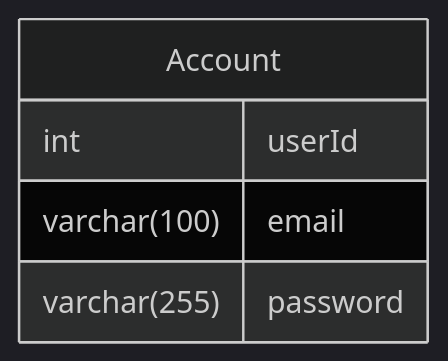
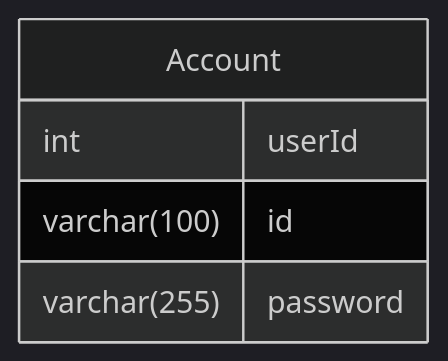
One commit to KongJJoki/OmokProj changed the first of 8 diagrams in README.md. Above: the diagram before and after it, drawn with Mermaid (dark theme). The commit also changed other lines of this file, not shown here.

````diff
--- a/README.md
+++ b/README.md
@@ -55,8 +55,8 @@
 ```mermaid
 erDiagram
     Account {
         int userId
-        varchar(100) email
+        varchar(100) id
         varchar(255) password
     }
 ```
````
